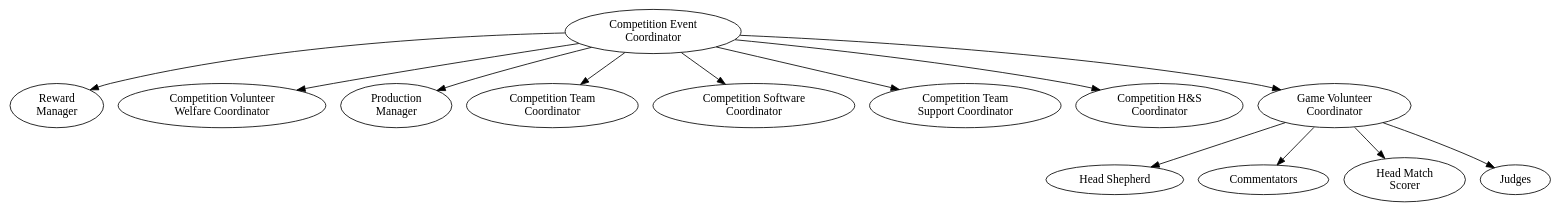
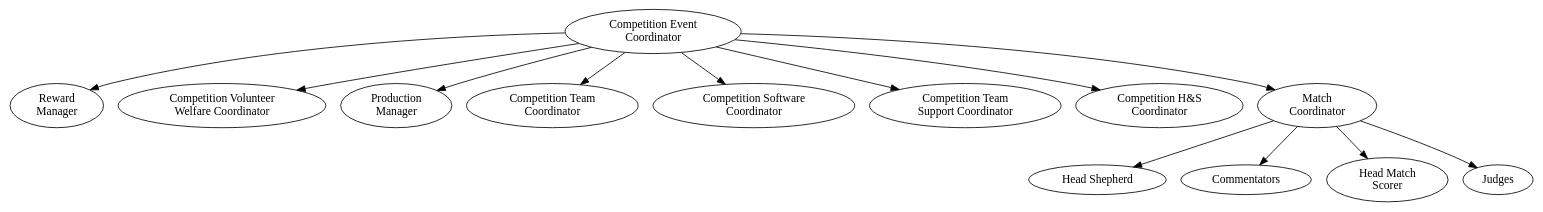
One commit to Adimote/legacy-ops-manual changed the diagram in org-chart/comp-event.dot. Above: the diagram before and after it, drawn with Graphviz. The commit also changed 2 other files, not shown here.

Commit message:
Rename Game Volunteer Coord to Match Coord
Fixes #67.

```diff
--- a/org-chart/comp-event.dot
+++ b/org-chart/comp-event.dot
@@ -1,29 +1,29 @@
 digraph {
 	# Competition Coordinator Subordinates
 	comp_event_coord [label="Competition Event\nCoordinator" email="competition-event@studentrobotics.org"];
 
 	# Competition Event Coordinator Subordinates
 	reward_manager[label="Reward\nManager" contactsexclude=true];
 	comp_volunteer_welfare[label="Competition Volunteer\nWelfare Coordinator" email="competition-welfare@studentrobotics.org"];
 	prod_manager[label="Production\nManager" email="production-manager@studentrobotics.org"];
 	comp_team_coord[label="Competition Team\nCoordinator" email="competition-teams@studentrobotics.org"];
 	comp_sw_coord[label="Competition Software\nCoordinator" email="competition-software@studentrobotics.org"];
 	comp_team_support_coord[label="Competition Team\nSupport Coordinator" email="competition-team-support@studentrobotics.org"];
 	comp_hs_coord[label="Competition H&S\nCoordinator" email="competition-health-and-safety@studentrobotics.org"];
-	comp_game_vol_coord[label="Game Volunteer\nCoordinator" email="game-volunteers@studentrobotics.org"];
+	comp_match_coord[label="Match\nCoordinator" email="matches@studentrobotics.org"];
 
 	# Game Volunteer Coordinator Subordinates
 	head_shepherd[label="Head Shepherd" email="shepherding@studentrobotics.org"];
 	commentators[label="Commentators" email="commentators@studentrobotics.org"];
 	head_match_scorer[label="Head Match\nScorer" email="match-scorer@studentrobotics.org"];
 	judges[label="Judges" email="judge@studentrobotics.org"];
 
 	###### Connections between nodes
 	comp_event_coord -> { reward_manager comp_volunteer_welfare
-	            prod_manager comp_team_coord comp_game_vol_coord
+	            prod_manager comp_team_coord comp_match_coord
 		comp_sw_coord comp_hs_coord
 		comp_team_support_coord
 		};
 
-	comp_game_vol_coord -> { head_shepherd commentators head_match_scorer judges };
+	comp_match_coord -> { head_shepherd commentators head_match_scorer judges };
 }
```
